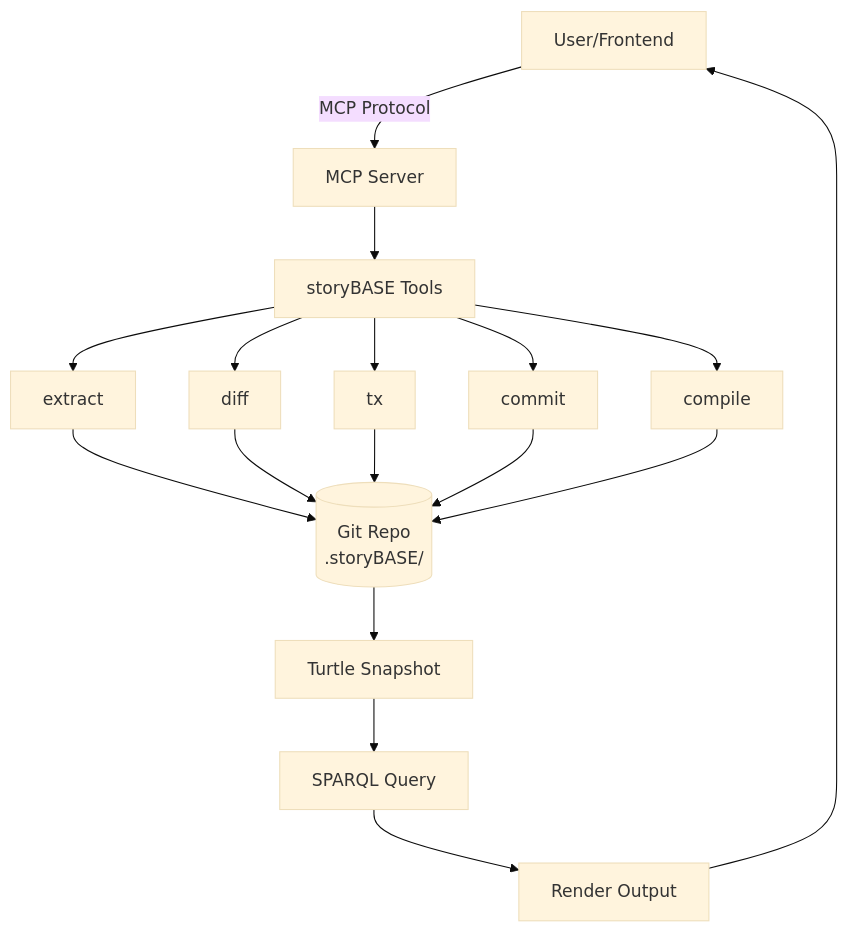
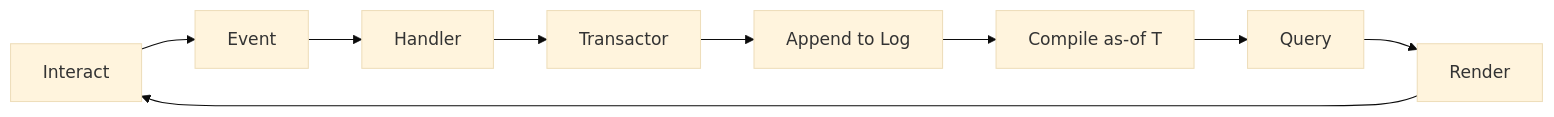
The first of 4 diagrams in presenter.md (Synthetic-Identity-Co/conj-talk-2025), drawn with Mermaid (base theme) before and after one commit. The commit also changed other lines of this file, not shown here.

Commit message:
story:  aea7077cb55f25c5aa98f5971b7a458a94326d3e

````diff
--- a/presenter.md
+++ b/presenter.md
@@ -50,21 +46,11 @@
 ```mermaid
-graph TB
-    User[User/Frontend] -->|MCP Protocol| MCP[MCP Server]
-    MCP --> Tools[storyBASE Tools]
-    Tools --> Extract[extract]
-    Tools --> Diff[diff]
-    Tools --> TX[tx]
-    Tools --> Commit[commit]
-    Tools --> Compile[compile]
-    
-    Extract --> Git[(Git Repo<br/>.storyBASE/)]
-    Diff --> Git
-    TX --> Git
-    Commit --> Git
-    Compile --> Git
-    
-    Git --> Snapshot[Turtle Snapshot]
-    Snapshot --> Query[SPARQL Query]
-    Query --> Render[Render Output]
-    Render --> User
+graph LR
+    A[Interact] --> B[Event]
+    B --> C[Handler]
+    C --> D[Transactor]
+    D --> E[Append to Log]
+    E --> F[Compile as-of T]
+    F --> G[Query]
+    G --> H[Render]
+    H --> A
 ```
````
